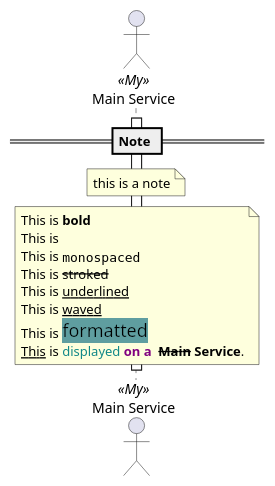
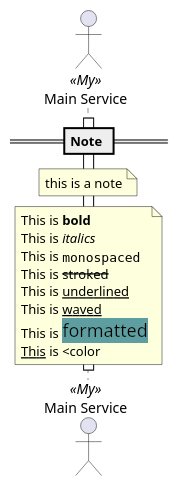
Before and after one commit to TypedUseCase/tuc-console: the diagram in docs/tuc/examples/note.puml, drawn with PlantUML. The commit also changed 57 other files, not shown here.

```diff
--- a/docs/tuc/examples/note.puml
+++ b/docs/tuc/examples/note.puml
@@ -1,22 +1,22 @@
 @startuml note
 
 == Note ==
 
 actor "Main Service" as MainService <<My>>
 
 activate MainService
 note over MainService: this is a note
 note over MainService
 This is **bold**
-This is
+This is //italics//
 This is ""monospaced""
 This is --stroked--
 This is __underlined__
 This is ~~waved~~
 This is <back:cadetblue><size:18>formatted</size></back>
-<u:red>This</u> is <color #118888>displayed</color> **<color purple>on a </color> <s:red>Main</strike> Service**.
+<u:red>This</u> is <color
 end note
 
 deactivate MainService
 
 @enduml
```
